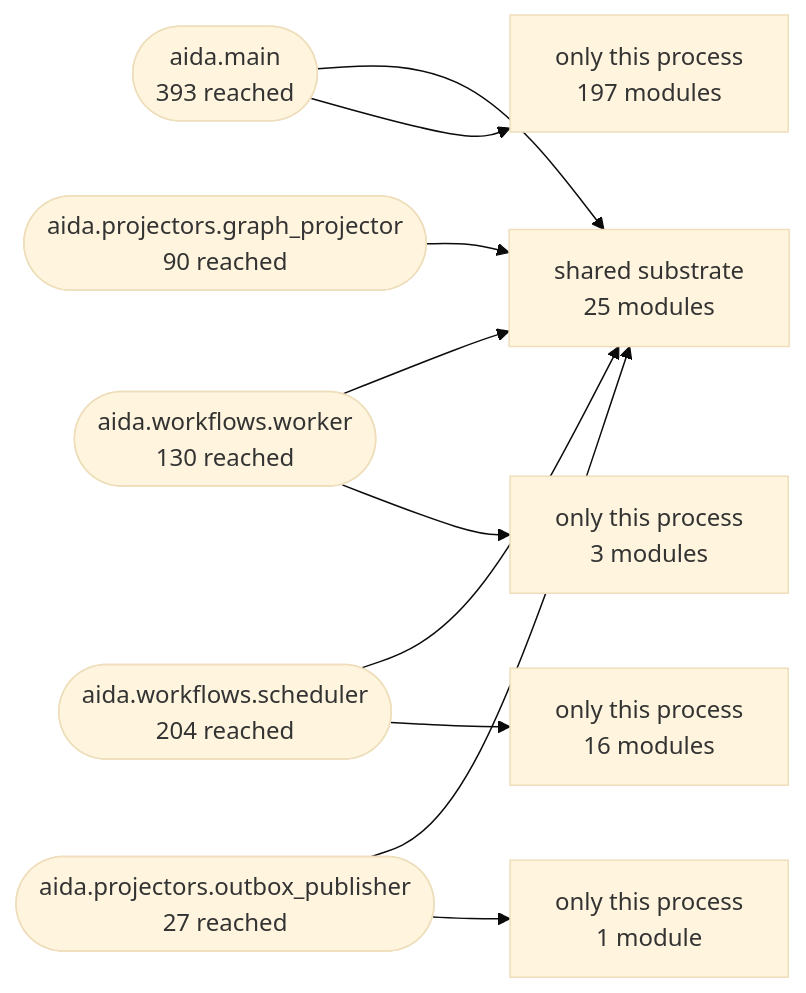
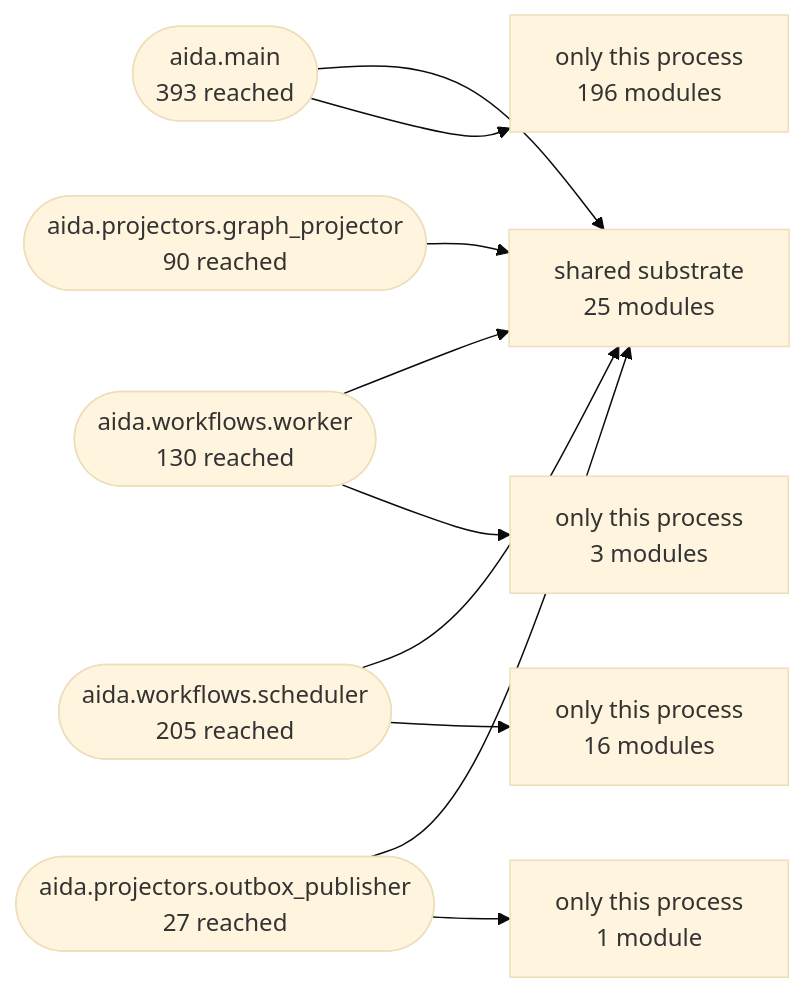
One commit to karuppusamym/AIDataAnalyst changed the second of 3 diagrams in Docs/10-architecture/14-generated-architecture-map.md. Above: the diagram before and after it, drawn with Mermaid (base theme). The commit also changed other lines of this file and 19 other files, not shown here.

````diff
--- a/Docs/10-architecture/14-generated-architecture-map.md
+++ b/Docs/10-architecture/14-generated-architecture-map.md
@@ -178,22 +178,22 @@
 ```mermaid
 graph LR
   shared["shared substrate<br/>25 modules"]
   aida_main(["aida.main<br/>393 reached"])
   aida_workflows_worker(["aida.workflows.worker<br/>130 reached"])
-  aida_workflows_scheduler(["aida.workflows.scheduler<br/>204 reached"])
+  aida_workflows_scheduler(["aida.workflows.scheduler<br/>205 reached"])
   aida_projectors_graph_projector(["aida.projectors.graph_projector<br/>90 reached"])
   aida_projectors_outbox_publisher(["aida.projectors.outbox_publisher<br/>27 reached"])
   aida_main --> shared
-  only_aida_main["only this process<br/>197 modules"]
+  only_aida_main["only this process<br/>196 modules"]
   aida_main --> only_aida_main
   aida_workflows_worker --> shared
   only_aida_workflows_worker["only this process<br/>3 modules"]
   aida_workflows_worker --> only_aida_workflows_worker
   aida_workflows_scheduler --> shared
   only_aida_workflows_scheduler["only this process<br/>16 modules"]
   aida_workflows_scheduler --> only_aida_workflows_scheduler
   aida_projectors_graph_projector --> shared
   aida_projectors_outbox_publisher --> shared
   only_aida_projectors_outbox_publisher["only this process<br/>1 module"]
   aida_projectors_outbox_publisher --> only_aida_projectors_outbox_publisher
 ```
````
